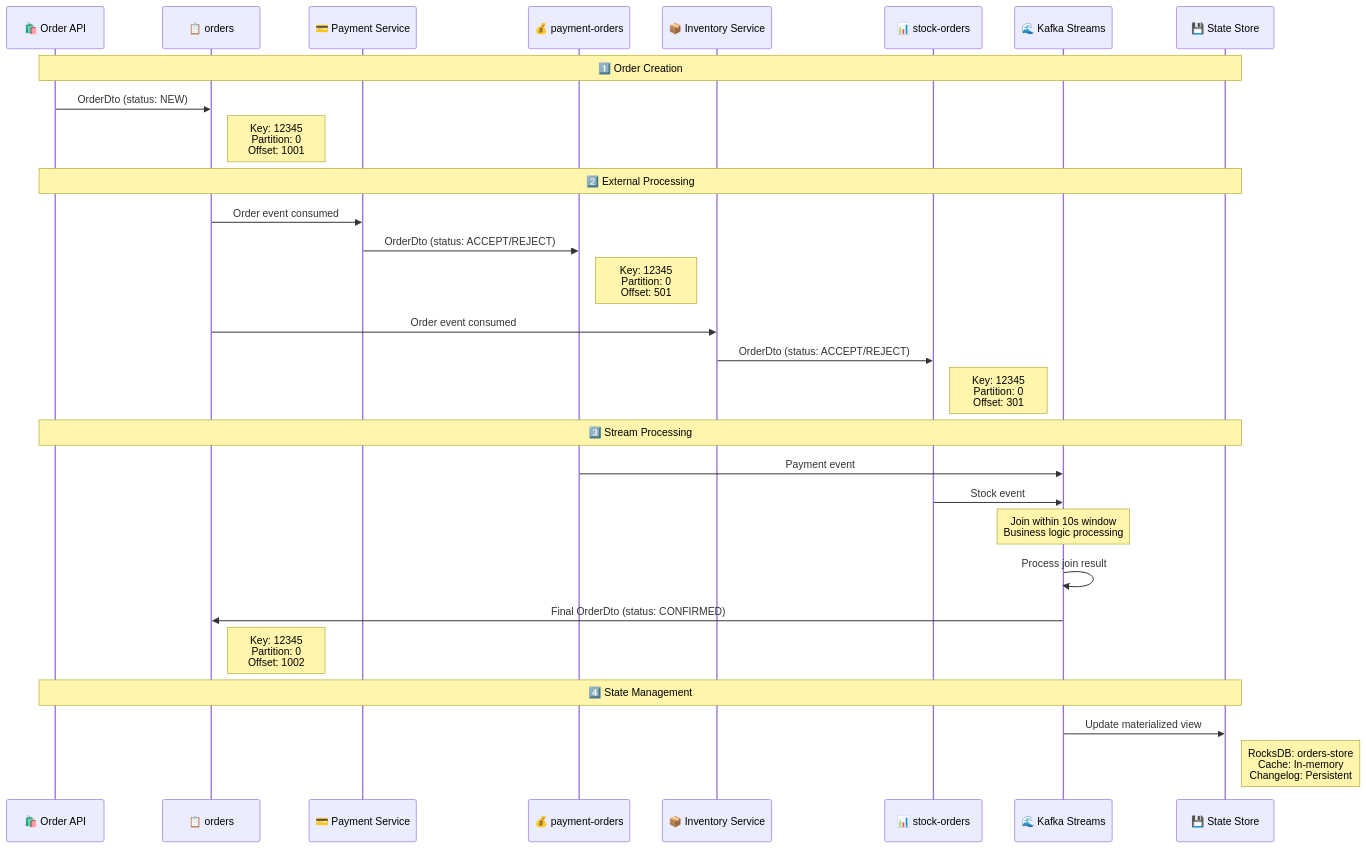
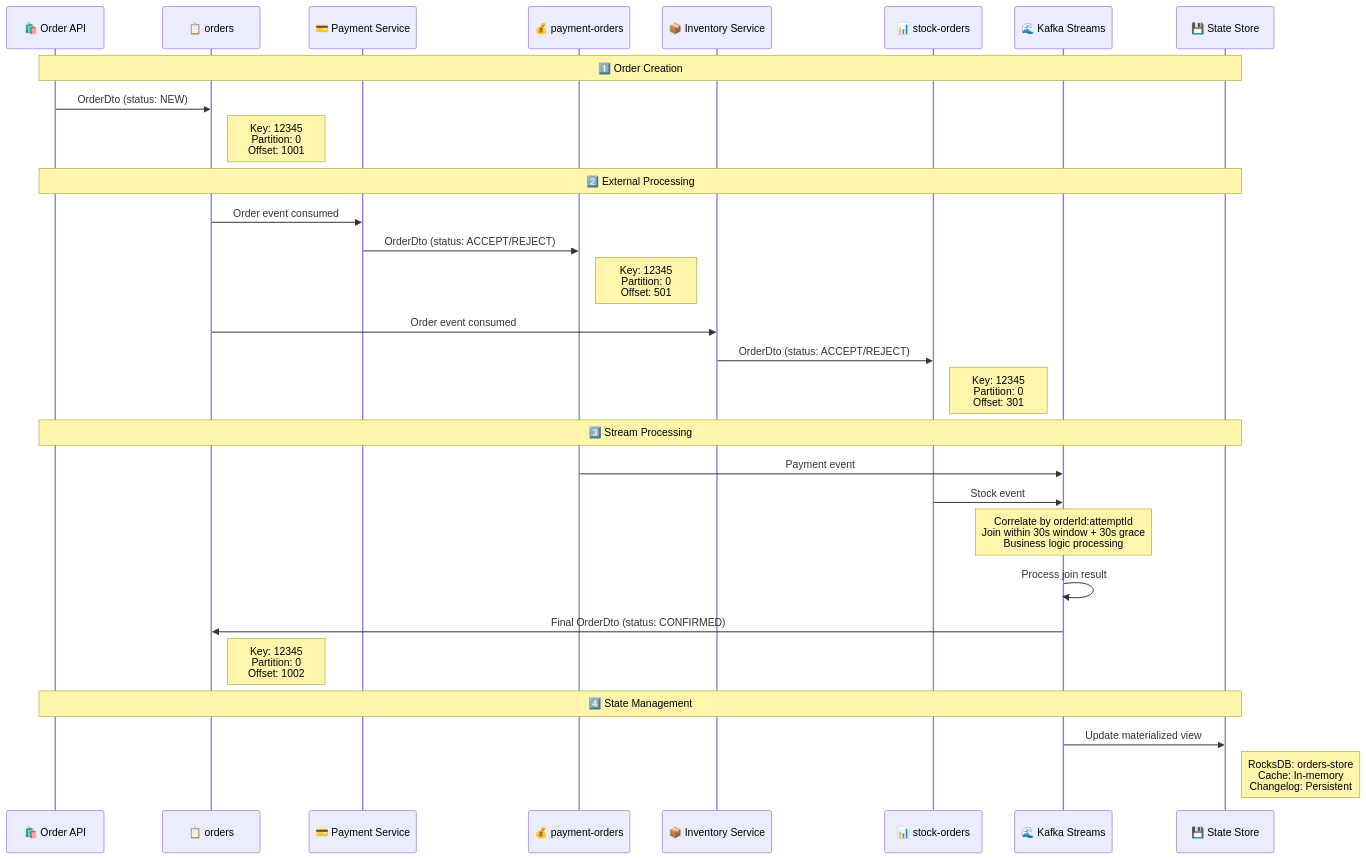
The second of 7 diagrams in order-service/docs/03-Kafka-Streams-Data-Flow-Analysis.md (rajadilipkolli/spring-boot-microservices-series-v2), drawn with Mermaid before and after one commit. The commit also changed other lines of this file and 51 other files, not shown here.

````diff
--- a/order-service/docs/03-Kafka-Streams-Data-Flow-Analysis.md
+++ b/order-service/docs/03-Kafka-Streams-Data-Flow-Analysis.md
@@ -231,37 +231,37 @@
 ```mermaid
 sequenceDiagram
     participant API as 🛍️ Order API
     participant OrdersTopic as 📋 orders
     participant PaymentSvc as 💳 Payment Service
     participant PaymentTopic as 💰 payment-orders
     participant InventorySvc as 📦 Inventory Service
     participant StockTopic as 📊 stock-orders
     participant Streams as 🌊 Kafka Streams
     participant StateStore as 💾 State Store
     
     Note over API, StateStore: 1️⃣ Order Creation
     API->>OrdersTopic: OrderDto (status: NEW)
     Note right of OrdersTopic: Key: 12345<br/>Partition: 0<br/>Offset: 1001
     
     Note over API, StateStore: 2️⃣ External Processing
     OrdersTopic->>PaymentSvc: Order event consumed
     PaymentSvc->>PaymentTopic: OrderDto (status: ACCEPT/REJECT)
     Note right of PaymentTopic: Key: 12345<br/>Partition: 0<br/>Offset: 501
     
     OrdersTopic->>InventorySvc: Order event consumed
     InventorySvc->>StockTopic: OrderDto (status: ACCEPT/REJECT)
     Note right of StockTopic: Key: 12345<br/>Partition: 0<br/>Offset: 301
     
     Note over API, StateStore: 3️⃣ Stream Processing
     PaymentTopic->>Streams: Payment event
     StockTopic->>Streams: Stock event
     
-    Note over Streams: Join within 10s window<br/>Business logic processing
+    Note over Streams: Correlate by orderId:attemptId<br/>Join within 30s window + 30s grace<br/>Business logic processing
     Streams->>Streams: Process join result
     Streams->>OrdersTopic: Final OrderDto (status: CONFIRMED)
     Note right of OrdersTopic: Key: 12345<br/>Partition: 0<br/>Offset: 1002
     
     Note over API, StateStore: 4️⃣ State Management
     Streams->>StateStore: Update materialized view
     Note right of StateStore: RocksDB: orders-store<br/>Cache: In-memory<br/>Changelog: Persistent
 ```
````
